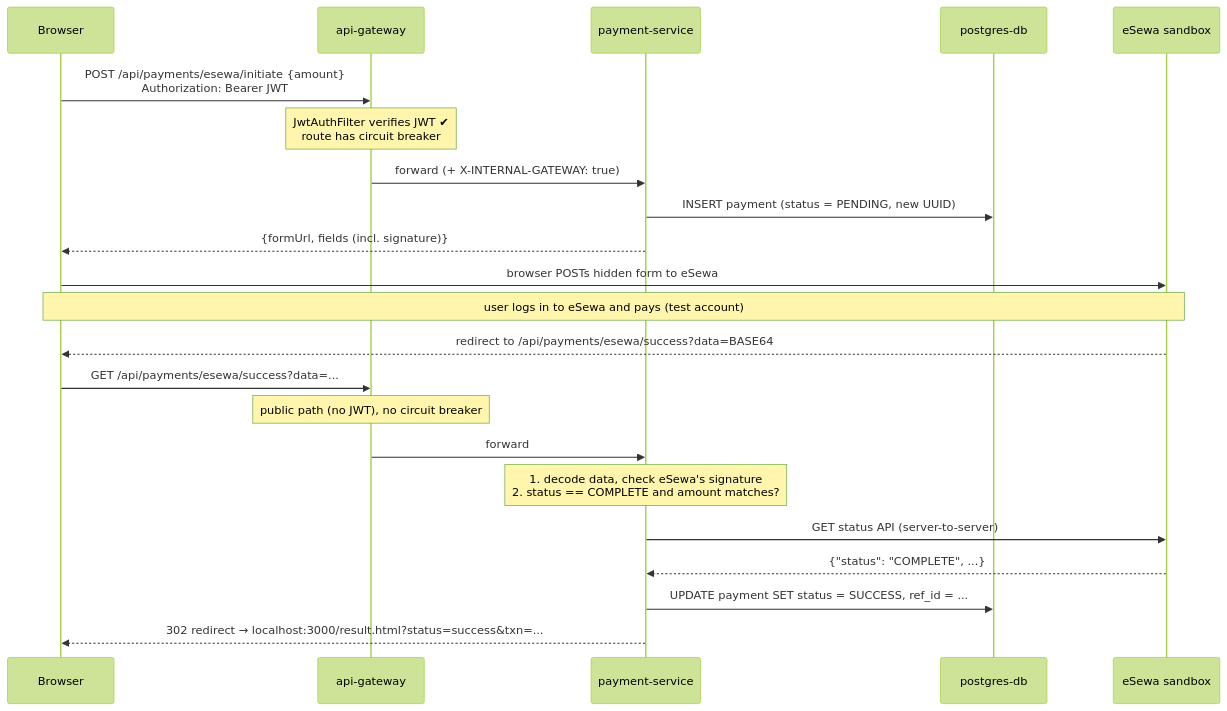
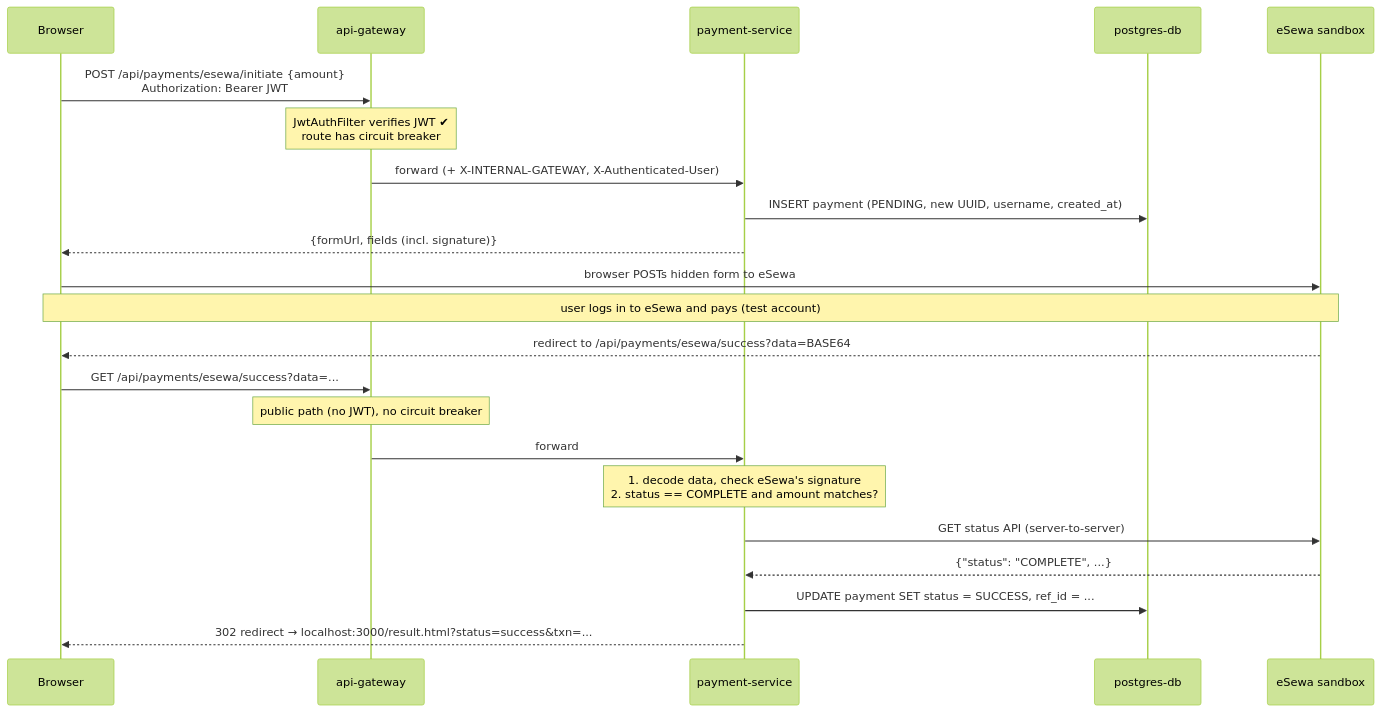
The fourth of 4 diagrams in docs/PROJECT_GUIDE.md (susir11/ripple-paygate), drawn with Mermaid (forest theme) before and after one commit. The commit also changed other lines of this file and 54 other files, not shown here.

````diff
--- a/docs/PROJECT_GUIDE.md
+++ b/docs/PROJECT_GUIDE.md
@@ -320,25 +356,25 @@
 ```mermaid
 sequenceDiagram
     participant B as Browser
     participant G as api-gateway
     participant P as payment-service
     participant D as postgres-db
     participant E as eSewa sandbox
 
     B->>G: POST /api/payments/esewa/initiate {amount}<br/>Authorization: Bearer JWT
     Note over G: JwtAuthFilter verifies JWT ✔<br/>route has circuit breaker
-    G->>P: forward (+ X-INTERNAL-GATEWAY: true)
-    P->>D: INSERT payment (status = PENDING, new UUID)
+    G->>P: forward (+ X-INTERNAL-GATEWAY, X-Authenticated-User)
+    P->>D: INSERT payment (PENDING, new UUID, username, created_at)
     P-->>B: {formUrl, fields (incl. signature)}
     B->>E: browser POSTs hidden form to eSewa
     Note over B,E: user logs in to eSewa and pays (test account)
     E-->>B: redirect to /api/payments/esewa/success?data=BASE64
     B->>G: GET /api/payments/esewa/success?data=...
     Note over G: public path (no JWT), no circuit breaker
     G->>P: forward
     Note over P: 1. decode data, check eSewa's signature<br/>2. status == COMPLETE and amount matches?
     P->>E: GET status API (server-to-server)
     E-->>P: {"status": "COMPLETE", ...}
     P->>D: UPDATE payment SET status = SUCCESS, ref_id = ...
     P-->>B: 302 redirect → localhost:3000/result.html?status=success&txn=...
 ```
````
